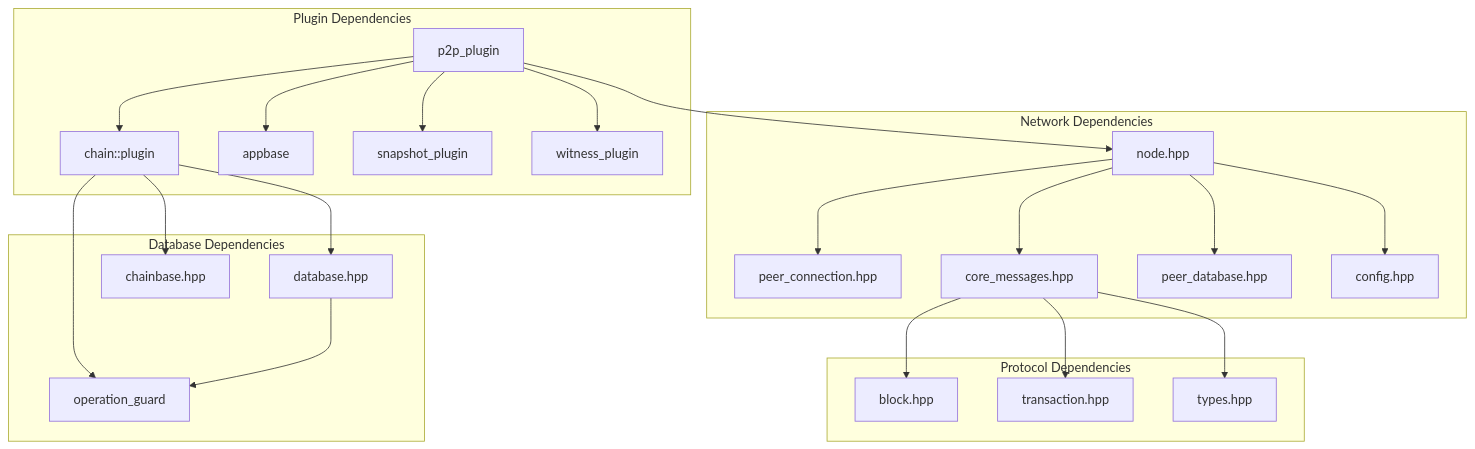
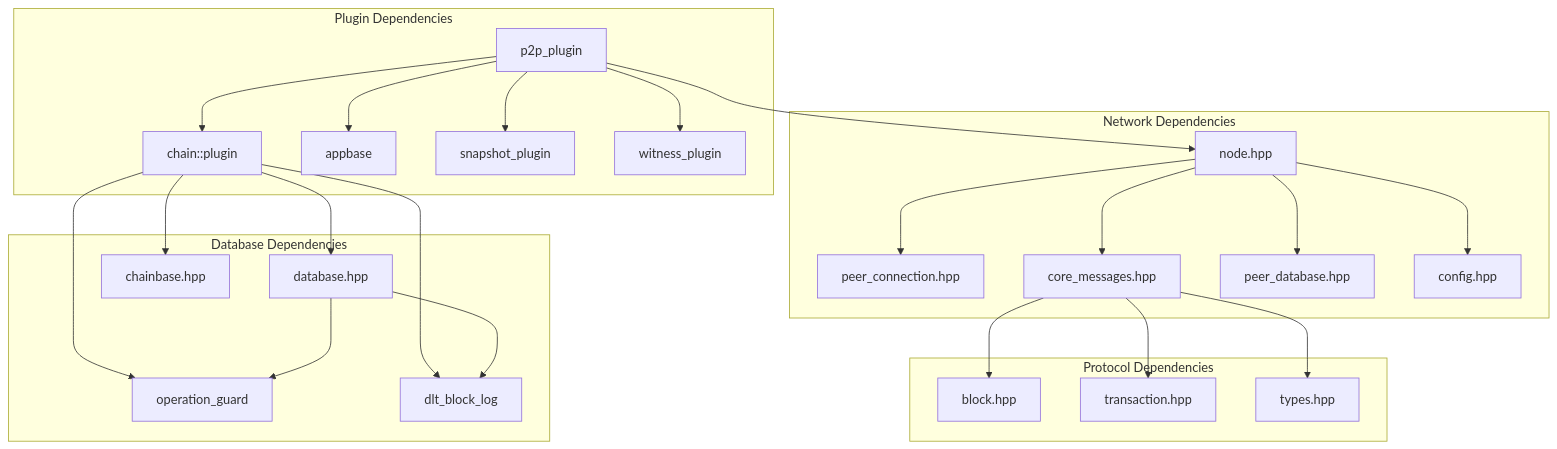
One commit to VIZ-Blockchain/viz-cpp-node changed diagram 25 of 25 in .qoder/repowiki/en/content/P2p Plugin.md. Above: the diagram before and after it, drawn with Mermaid. The commit also changed other lines of this file and 4 other files, not shown here.

First line of the commit message:
feat(dlt_block_log): add comprehensive block range management and enhanced P2P sync

````diff
--- a/.qoder/repowiki/en/content/P2p Plugin.md
+++ b/.qoder/repowiki/en/content/P2p Plugin.md
@@ -597,43 +934,46 @@
 ```mermaid
 graph TB
 subgraph "Plugin Dependencies"
 P2P[p2p_plugin]
 Chain[chain::plugin]
 AppBase[appbase]
 Snapshot[snapshot_plugin]
 Witness[witness_plugin]
 end
 subgraph "Network Dependencies"
 Node[node.hpp]
 PeerConn[peer_connection.hpp]
 Messages[core_messages.hpp]
 PeerDB[peer_database.hpp]
 Config[config.hpp]
 end
 subgraph "Protocol Dependencies"
 Block[block.hpp]
 Transaction[transaction.hpp]
 Types[types.hpp]
 end
 subgraph "Database Dependencies"
 Database[database.hpp]
 Chainbase[chainbase.hpp]
 OperationGuard[operation_guard]
+DLTLog[dlt_block_log]
 end
 P2P --> Chain
 P2P --> Node
 P2P --> AppBase
 P2P --> Snapshot
 P2P --> Witness
 Node --> PeerConn
 Node --> Messages
 Node --> PeerDB
 Node --> Config
 Messages --> Block
 Messages --> Transaction
 Messages --> Types
 Chain --> Database
 Chain --> Chainbase
 Chain --> OperationGuard
+Chain --> DLTLog
 Database --> OperationGuard
+Database --> DLTLog
 ```
````
